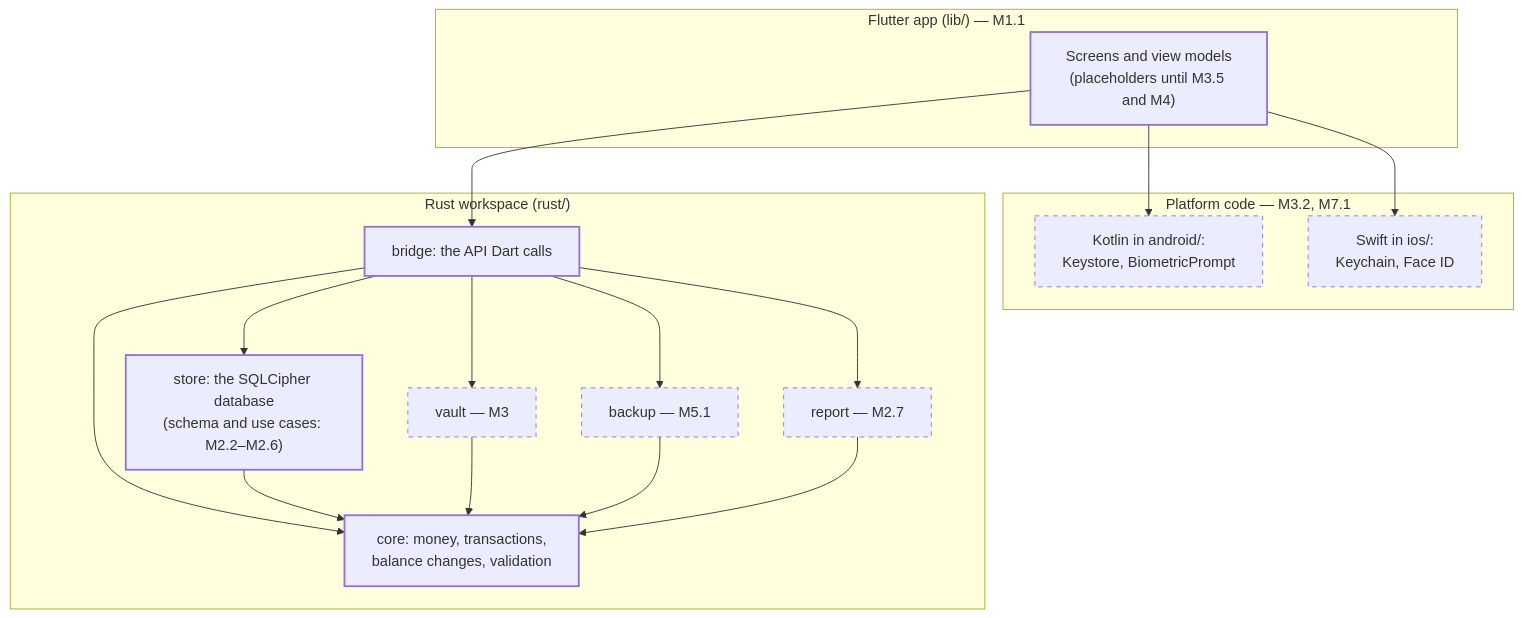
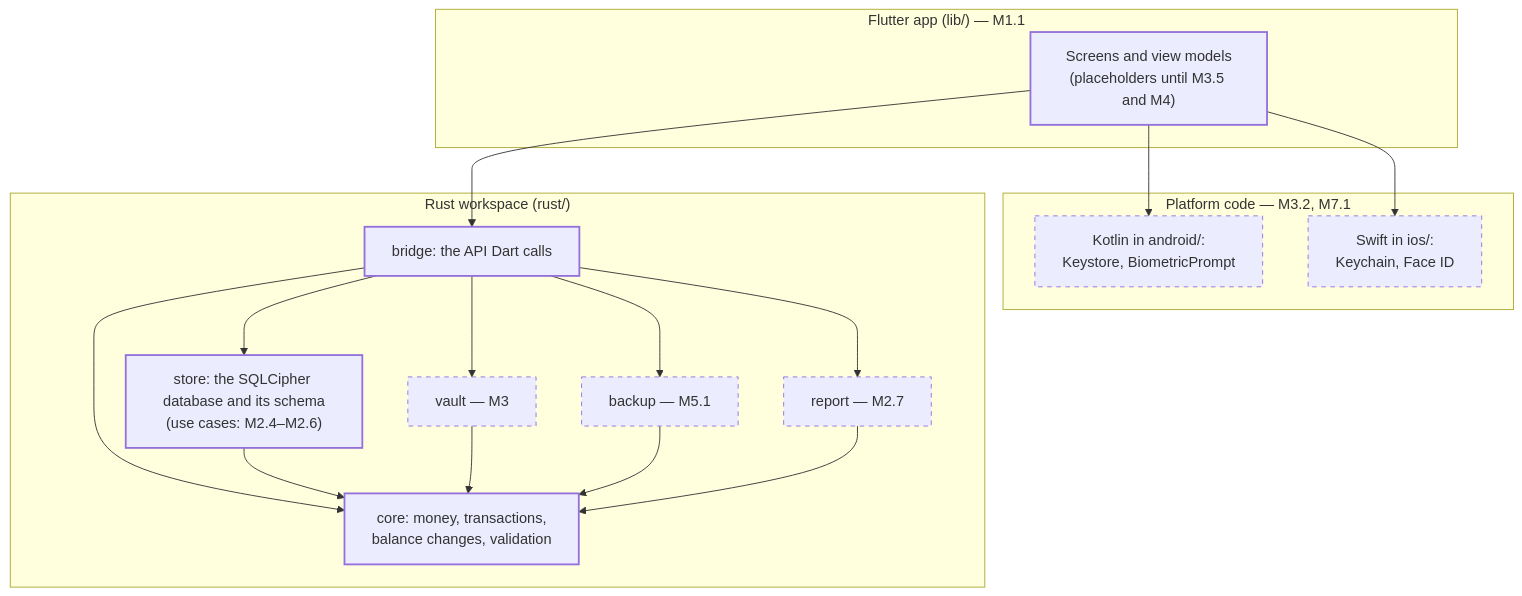
Before and after one commit to jabbott-iii/DenariiDolor: the diagram in docs/01-architecture.md, drawn with Mermaid. The commit also changed other lines of this file and 12 other files, not shown here.

````diff
--- a/docs/01-architecture.md
+++ b/docs/01-architecture.md
@@ -30,35 +30,35 @@
 ```mermaid
 flowchart TB
     subgraph Dart["Flutter app (lib/) — M1.1"]
         UI["Screens and view models<br/>(placeholders until M3.5 and M4)"]
     end
     subgraph Native["Platform code — M3.2, M7.1"]
         KT["Kotlin in android/:<br/>Keystore, BiometricPrompt"]
         SW["Swift in ios/:<br/>Keychain, Face ID"]
     end
     subgraph Rust["Rust workspace (rust/)"]
         BR["bridge: the API Dart calls"]
-        ST["store: the SQLCipher database<br/>(schema and use cases: M2.2–M2.6)"]
+        ST["store: the SQLCipher database and its schema<br/>(use cases: M2.4–M2.6)"]
         VA["vault — M3"]
         BK["backup — M5.1"]
         RP["report — M2.7"]
         CO["core: money, transactions,<br/>balance changes, validation"]
     end
     UI --> BR
     UI --> KT
     UI --> SW
     BR --> ST
     BR --> VA
     BR --> BK
     BR --> RP
     BR --> CO
     ST --> CO
     VA --> CO
     BK --> CO
     RP --> CO
 
     classDef built stroke-width:2px
     classDef planned stroke-dasharray: 5 5
     class CO,UI,BR,ST built
     class KT,SW,VA,BK,RP planned
 ```
````
